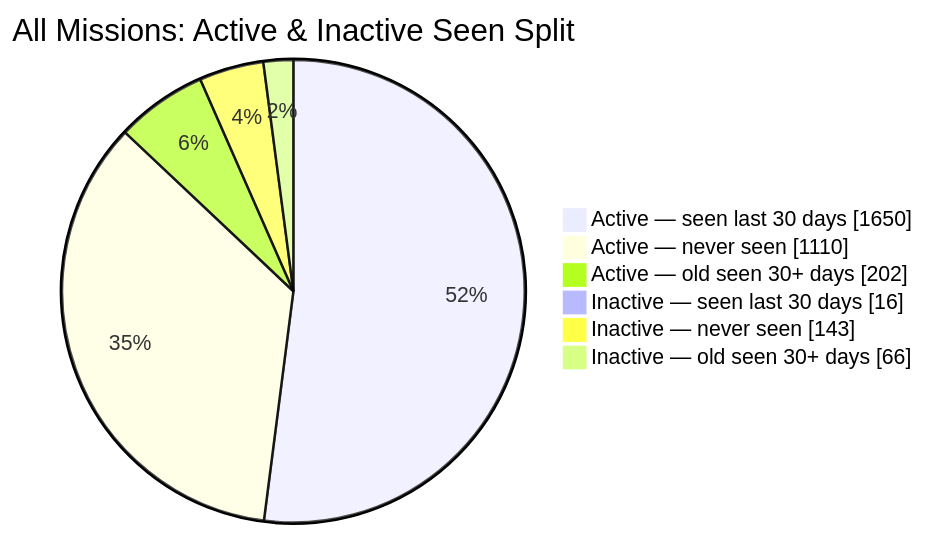
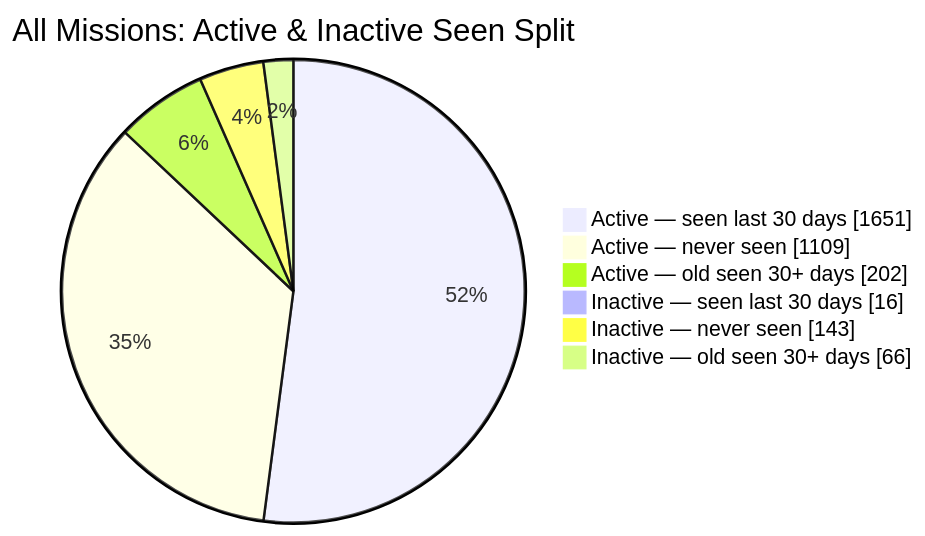
One commit to MeldkamerspelGameTeam/active-missions changed the second of 2 diagrams in README.md. Above: the diagram before and after it, drawn with Mermaid. The commit also changed other lines of this file and 3 other files, not shown here.

````diff
--- a/README.md
+++ b/README.md
@@ -44,10 +44,10 @@
 ```mermaid
 pie showData
     title All Missions: Active & Inactive Seen Split
-    "Active — seen last 30 days" : 1650
-    "Active — never seen" : 1110
+    "Active — seen last 30 days" : 1651
+    "Active — never seen" : 1109
     "Active — old seen 30+ days" : 202
     "Inactive — seen last 30 days" : 16
     "Inactive — never seen" : 143
     "Inactive — old seen 30+ days" : 66
 ```
````
